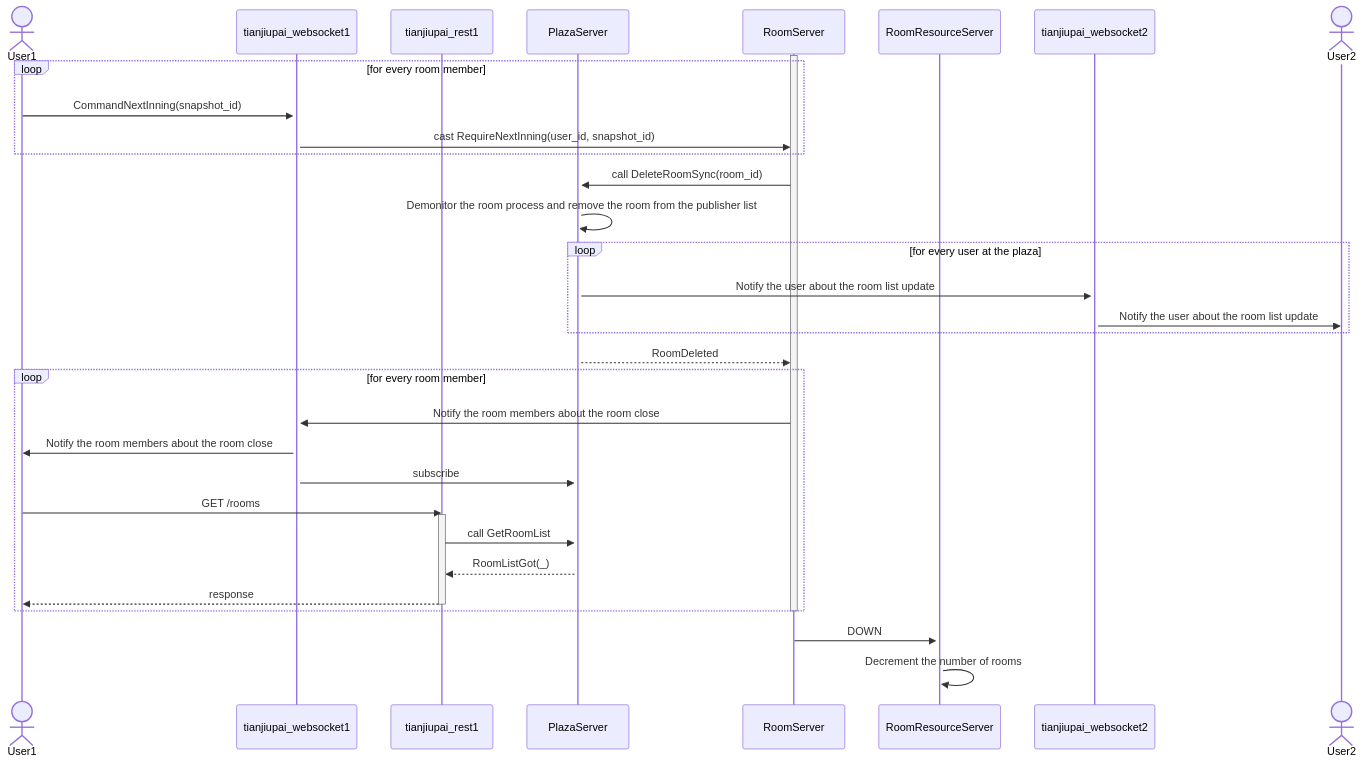
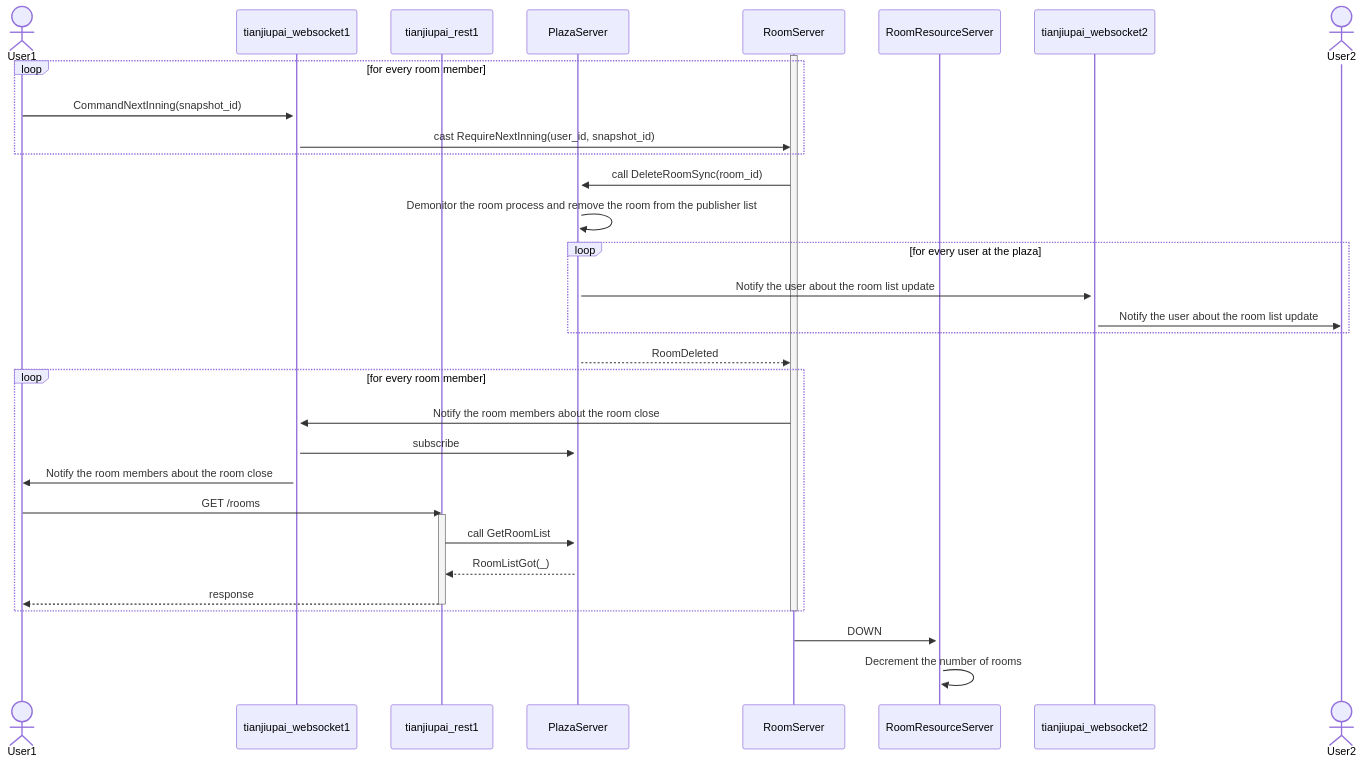
One commit to gfngfn/game_tianjiupai changed the seventh of 7 diagrams in docs/ARCHITECTURE.md. Above: the diagram before and after it, drawn with Mermaid. The commit also changed other lines of this file, not shown here.

Commit message:
add some sequence diagrams to docs (5)

````diff
--- a/docs/ARCHITECTURE.md
+++ b/docs/ARCHITECTURE.md
@@ -135,42 +260,42 @@
 ```mermaid
 sequenceDiagram
   actor User1
   participant tianjiupai_websocket1
   participant tianjiupai_rest1
   participant PlazaServer
   participant RoomServer
   participant RoomResourceServer
   participant tianjiupai_websocket2
   actor User2
   activate tianjiupai_websocket1
   activate PlazaServer
   activate RoomServer
   activate RoomResourceServer
   activate tianjiupai_websocket2
 
   loop for every room member
     User1 ->> tianjiupai_websocket1 : CommandNextInning(snapshot_id)
     tianjiupai_websocket1 ->> RoomServer : cast RequireNextInning(user_id, snapshot_id)
   end
   RoomServer ->> PlazaServer : call DeleteRoomSync(room_id)
   PlazaServer ->> PlazaServer : Demonitor the room process and remove the room from the publisher list
   loop for every user at the plaza
     PlazaServer ->> tianjiupai_websocket2 : Notify the user about the room list update
     tianjiupai_websocket2 ->> User2 : Notify the user about the room list update
   end
   PlazaServer -->> RoomServer : RoomDeleted
   loop for every room member
     RoomServer ->> tianjiupai_websocket1 : Notify the room members about the room close
+    tianjiupai_websocket1 ->> PlazaServer : subscribe
     tianjiupai_websocket1 ->> User1 : Notify the room members about the room close
-    tianjiupai_websocket1 ->> PlazaServer : subscribe
     User1 ->> tianjiupai_rest1 : GET /rooms
     activate tianjiupai_rest1
     tianjiupai_rest1 ->> PlazaServer : call GetRoomList
     PlazaServer -->> tianjiupai_rest1 : RoomListGot(_)
     tianjiupai_rest1 -->> User1 : response
     deactivate tianjiupai_rest1
   end
   deactivate RoomServer
   RoomServer ->> RoomResourceServer : DOWN
   RoomResourceServer ->> RoomResourceServer : Decrement the number of rooms
 ```
````
